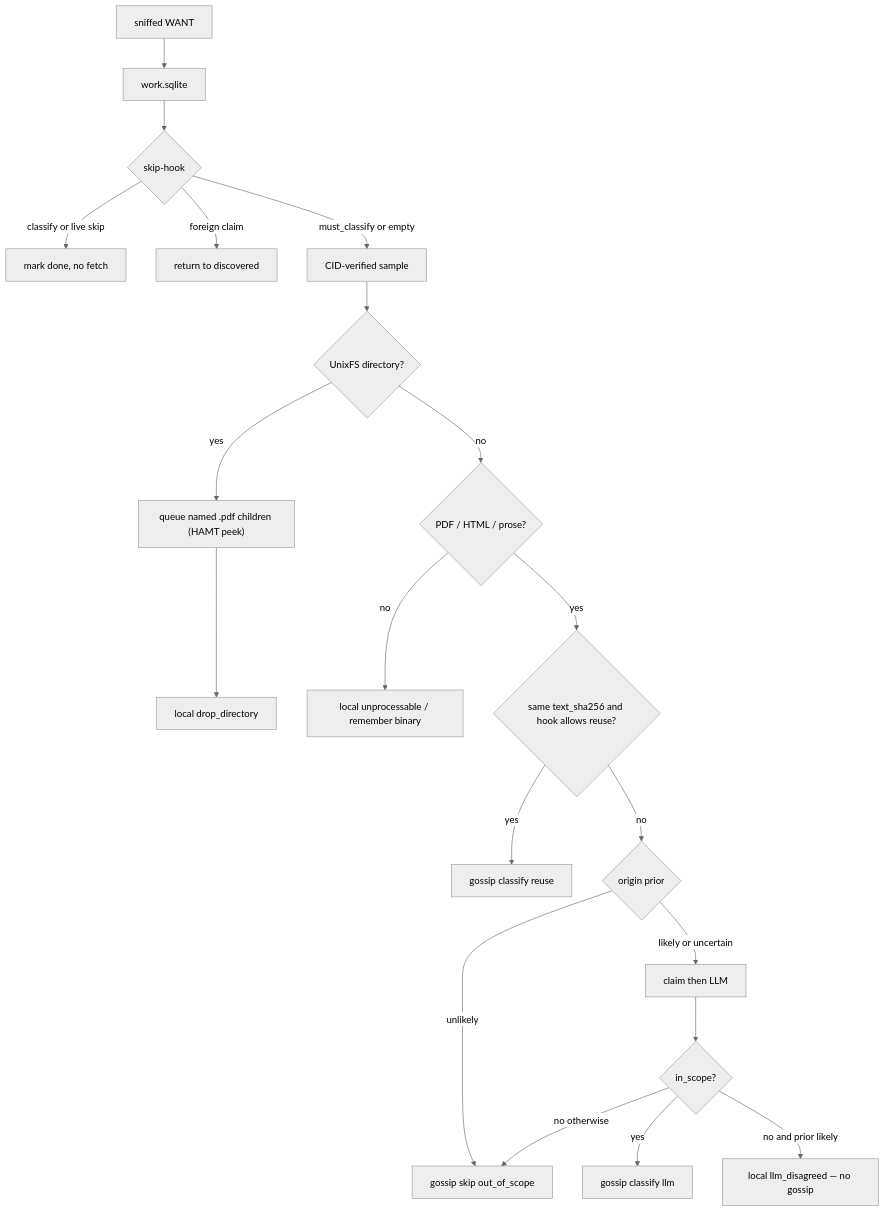
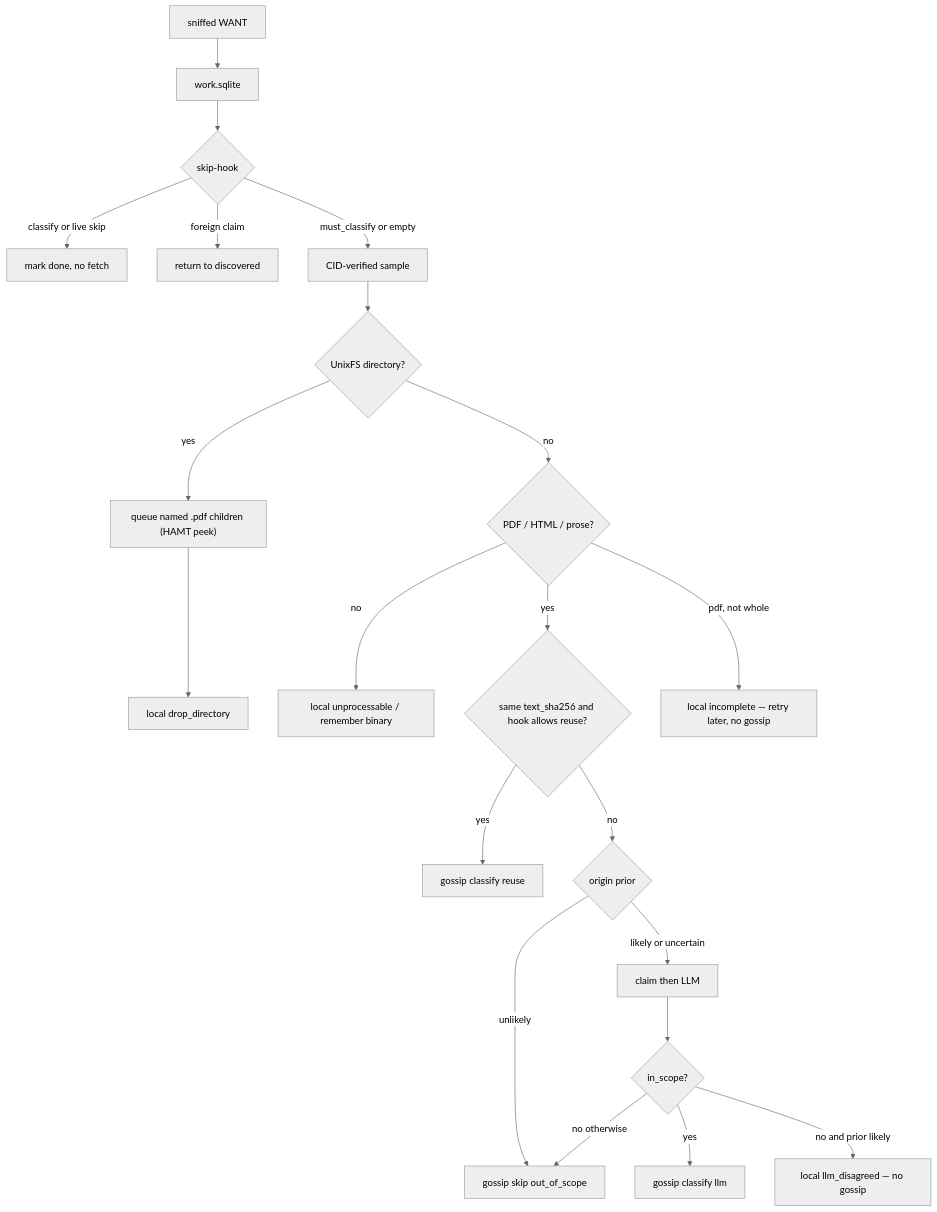
The third of 4 diagrams in docs/OVERVIEW.md (ihlec/IPFS-Observer-Club), drawn with Mermaid (neutral theme) before and after one commit. The commit also changed other lines of this file and 17 other files, not shown here.

````diff
--- a/docs/OVERVIEW.md
+++ b/docs/OVERVIEW.md
@@ -206,22 +228,23 @@
 ```mermaid
 flowchart TD
   want[sniffed WANT] --> q[work.sqlite]
   q --> hook{skip-hook}
   hook -->|classify or live skip| stop[mark done, no fetch]
   hook -->|foreign claim| wait[return to discovered]
   hook -->|must_classify or empty| fetch[CID-verified sample]
   fetch --> dir{UnixFS directory?}
   dir -->|yes| named["queue named .pdf children (HAMT peek)"]
   named --> gdir["local drop_directory"]
   dir -->|no| mime{PDF / HTML / prose?}
   mime -->|no| loc["local unprocessable / remember binary"]
   mime -->|yes| fp{same text_sha256 and hook allows reuse?}
+  mime -->|"pdf, not whole"| inc["local incomplete — retry later, no gossip"]
   fp -->|yes| reuse["gossip classify reuse"]
   fp -->|no| prior{origin prior}
   prior -->|unlikely| gscope["gossip skip out_of_scope"]
   prior -->|likely or uncertain| claim["claim then LLM"]
   claim --> inscope{in_scope?}
   inscope -->|yes| gclass["gossip classify llm"]
   inscope -->|no and prior likely| quiet["local llm_disagreed — no gossip"]
   inscope -->|no otherwise| gscope
 ```
````
